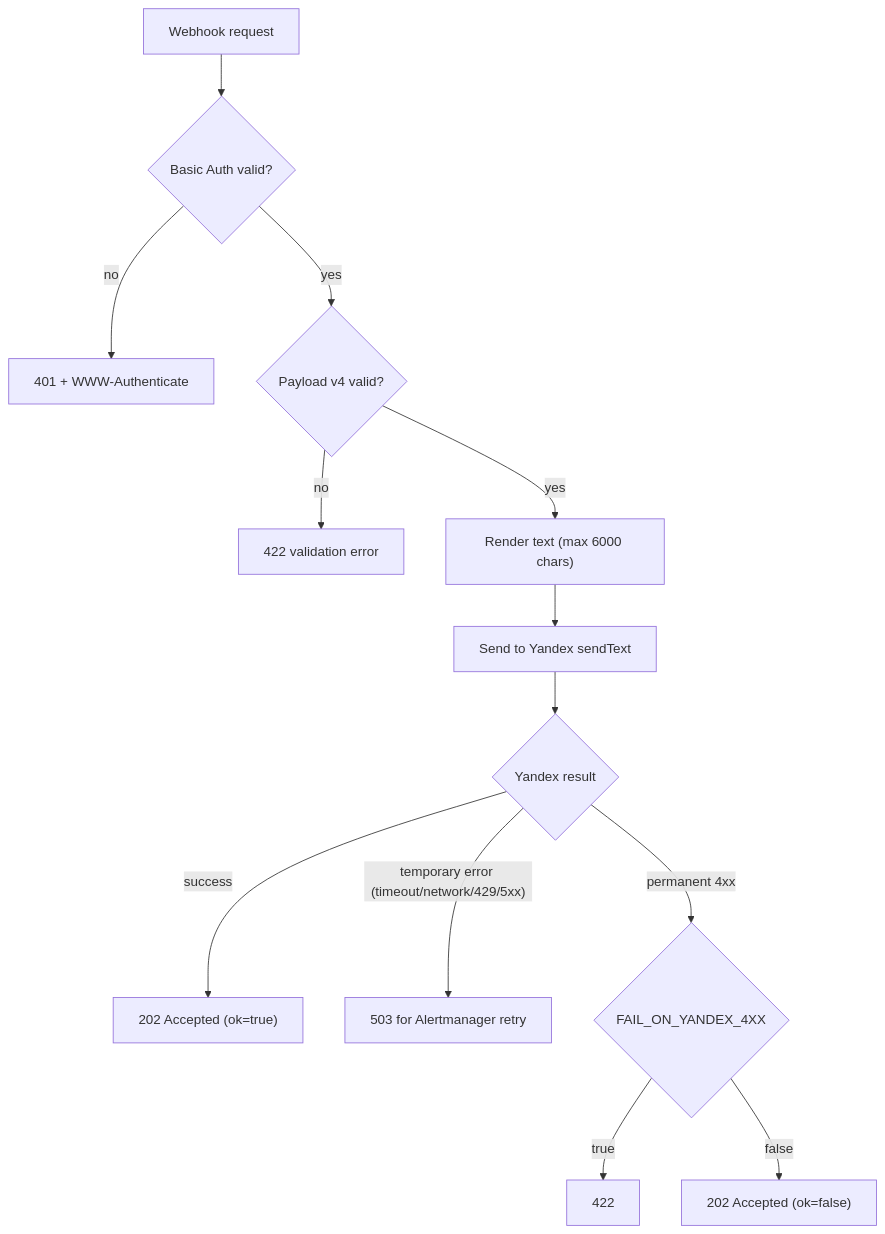
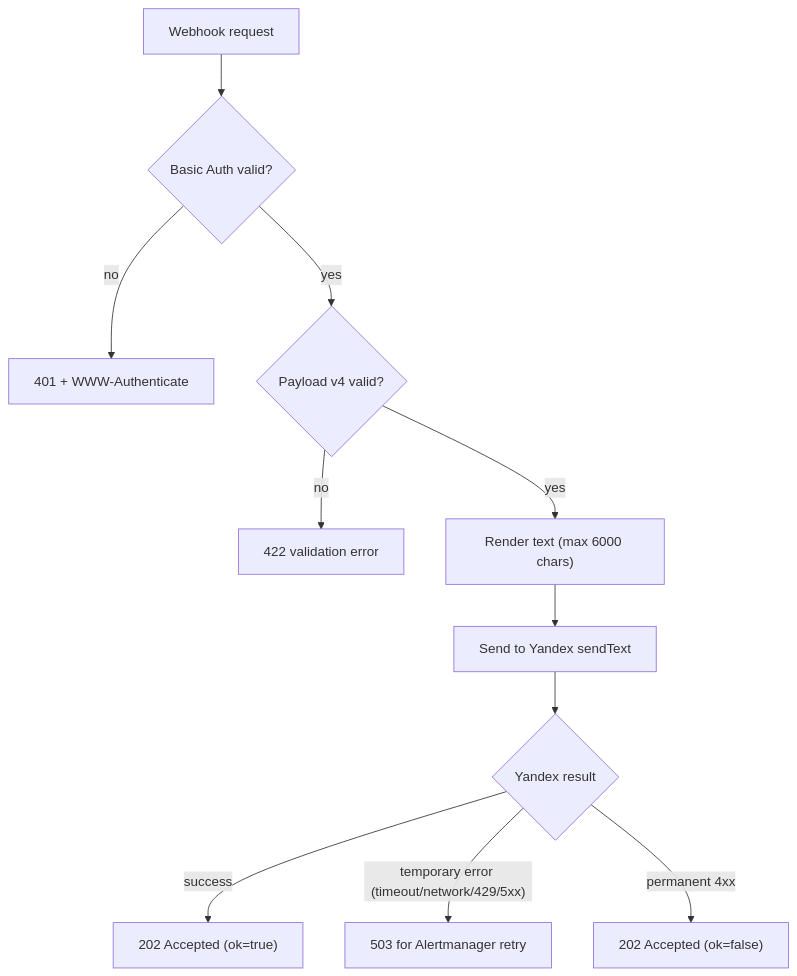
One commit to denilai/yandex-messendger-webhook-receiver changed the second of 4 diagrams in .planning/phases/01-alertmanager-yandex-receiver/03-RECEIVER-ARCHITECTURE.md. Above: the diagram before and after it, drawn with Mermaid. The commit also changed other lines of this file, not shown here.

````diff
--- a/.planning/phases/01-alertmanager-yandex-receiver/03-RECEIVER-ARCHITECTURE.md
+++ b/.planning/phases/01-alertmanager-yandex-receiver/03-RECEIVER-ARCHITECTURE.md
@@ -57,15 +57,13 @@
 ```mermaid
 flowchart TD
     A["Webhook request"] --> B{"Basic Auth valid?"}
     B -->|no| C["401 + WWW-Authenticate"]
     B -->|yes| D{"Payload v4 valid?"}
     D -->|no| E["422 validation error"]
     D -->|yes| F["Render text (max 6000 chars)"]
     F --> G["Send to Yandex sendText"]
     G --> H{"Yandex result"}
     H -->|success| I["202 Accepted (ok=true)"]
     H -->|"temporary error (timeout/network/429/5xx)"| J["503 for Alertmanager retry"]
-    H -->|"permanent 4xx"| K{"FAIL_ON_YANDEX_4XX"}
-    K -->|true| L["422"]
-    K -->|false| M["202 Accepted (ok=false)"]
+    H -->|"permanent 4xx"| K["202 Accepted (ok=false)"]
 ```
````
